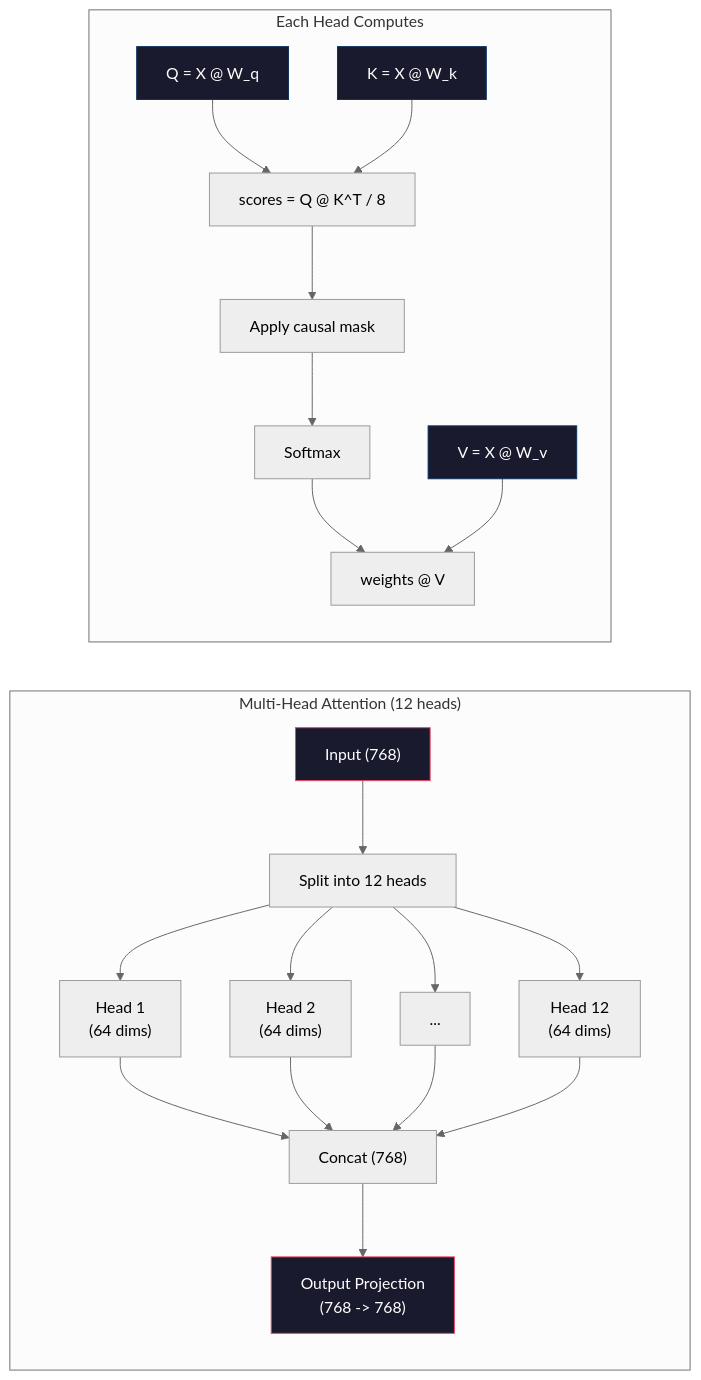
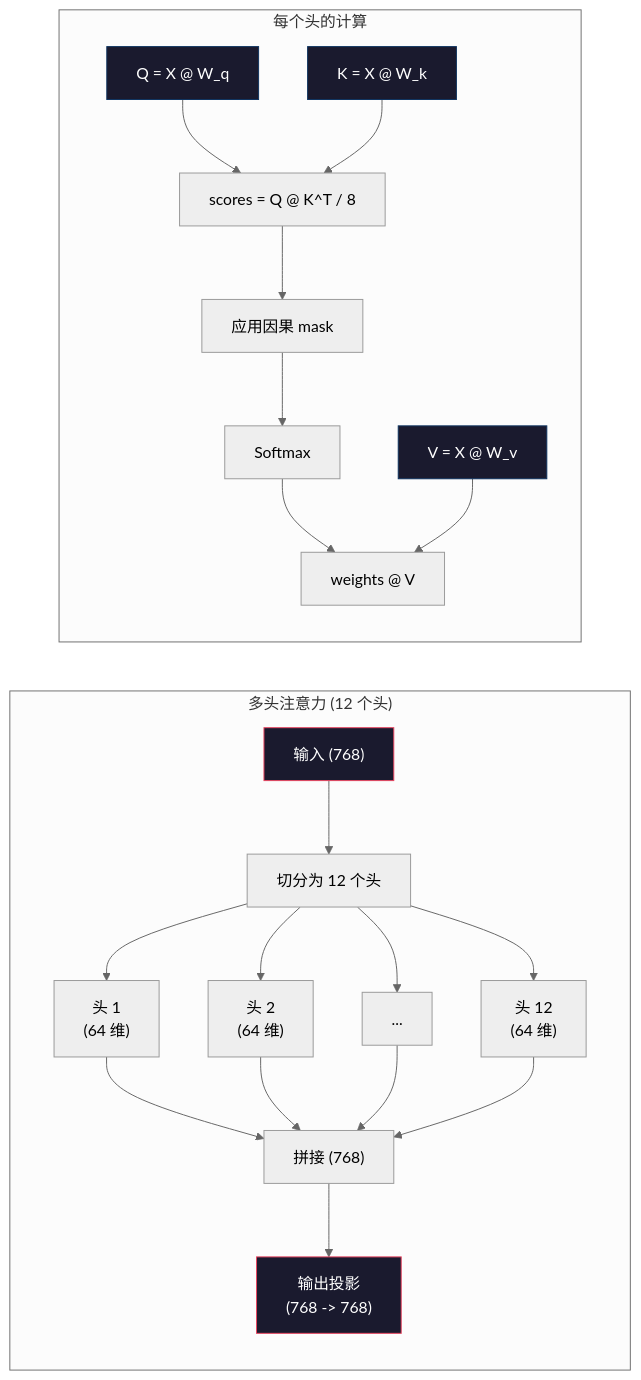
Before and after one commit to alessandrodinisio-ai/ai-engineering-learning-framework: the second of 3 diagrams in phases/10-llms-from-scratch/04-pre-training-mini-gpt/docs/zh.md, drawn with Mermaid (neutral theme). The commit also changed other lines of this file and 120 other files, not shown here.

First line of the commit message:
i18n(mermaid): 337 个 mermaid 图表标签中文化

````diff
--- a/phases/10-llms-from-scratch/04-pre-training-mini-gpt/docs/zh.md
+++ b/phases/10-llms-from-scratch/04-pre-training-mini-gpt/docs/zh.md
@@ -111,32 +111,32 @@
 ```mermaid
 graph LR
-    subgraph MultiHead["Multi-Head Attention (12 heads)"]
+    subgraph MultiHead["多头注意力 (12 个头)"]
         direction TB
-        I["Input (768)"] --> S1["Split into 12 heads"]
-        S1 --> H1["Head 1\n(64 dims)"]
-        S1 --> H2["Head 2\n(64 dims)"]
+        I["输入 (768)"] --> S1["切分为 12 个头"]
+        S1 --> H1["头 1\n(64 维)"]
+        S1 --> H2["头 2\n(64 维)"]
         S1 --> H3["..."]
-        S1 --> H12["Head 12\n(64 dims)"]
-        H1 --> C["Concat (768)"]
+        S1 --> H12["头 12\n(64 维)"]
+        H1 --> C["拼接 (768)"]
         H2 --> C
         H3 --> C
         H12 --> C
-        C --> O["Output Projection\n(768 -> 768)"]
+        C --> O["输出投影\n(768 -> 768)"]
     end
 
-    subgraph SingleHead["Each Head Computes"]
+    subgraph SingleHead["每个头的计算"]
         direction TB
         Q["Q = X @ W_q"] --> A["scores = Q @ K^T / 8"]
         K["K = X @ W_k"] --> A
-        A --> M["Apply causal mask"]
+        A --> M["应用因果 mask"]
         M --> SM["Softmax"]
         SM --> MUL["weights @ V"]
         V["V = X @ W_v"] --> MUL
     end
 
     style I fill:#1a1a2e,stroke:#e94560,color:#fff
     style O fill:#1a1a2e,stroke:#e94560,color:#fff
     style Q fill:#1a1a2e,stroke:#0f3460,color:#fff
     style K fill:#1a1a2e,stroke:#0f3460,color:#fff
     style V fill:#1a1a2e,stroke:#0f3460,color:#fff
 ```
````
